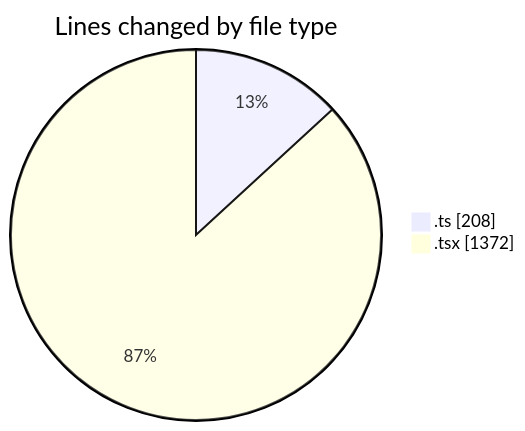
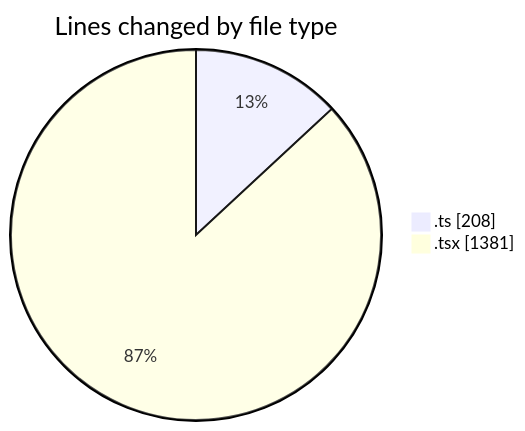
One commit to robertbonfada/code-tracking changed the first of 2 diagrams in 2025-01-27/termonied-web/README.md. Above: the diagram before and after it, drawn with Mermaid. The commit also changed other lines of this file and 1 other file, not shown here.

````diff
--- a/2025-01-27/termonied-web/README.md
+++ b/2025-01-27/termonied-web/README.md
@@ -26,6 +26,6 @@
 ```mermaid
 pie showData
 title Lines changed by file type
 ".ts" : 208
-".tsx" : 1372
+".tsx" : 1381
 ```
````
